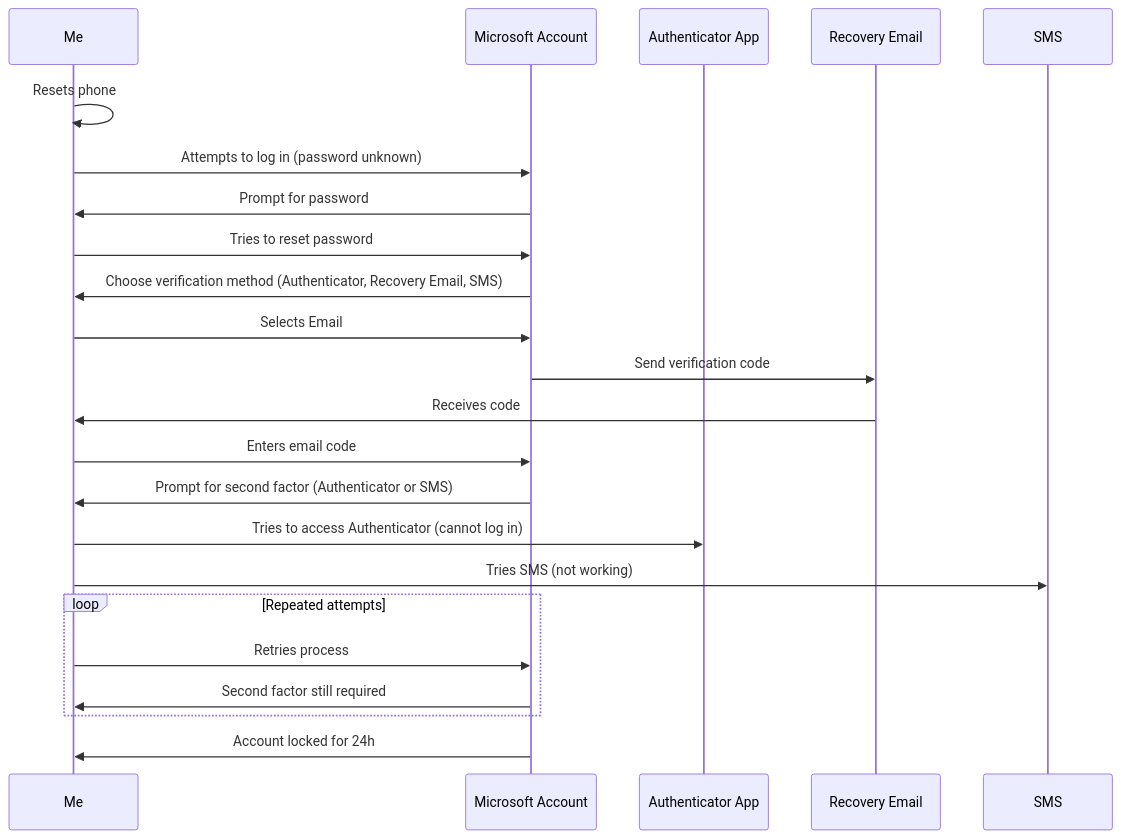
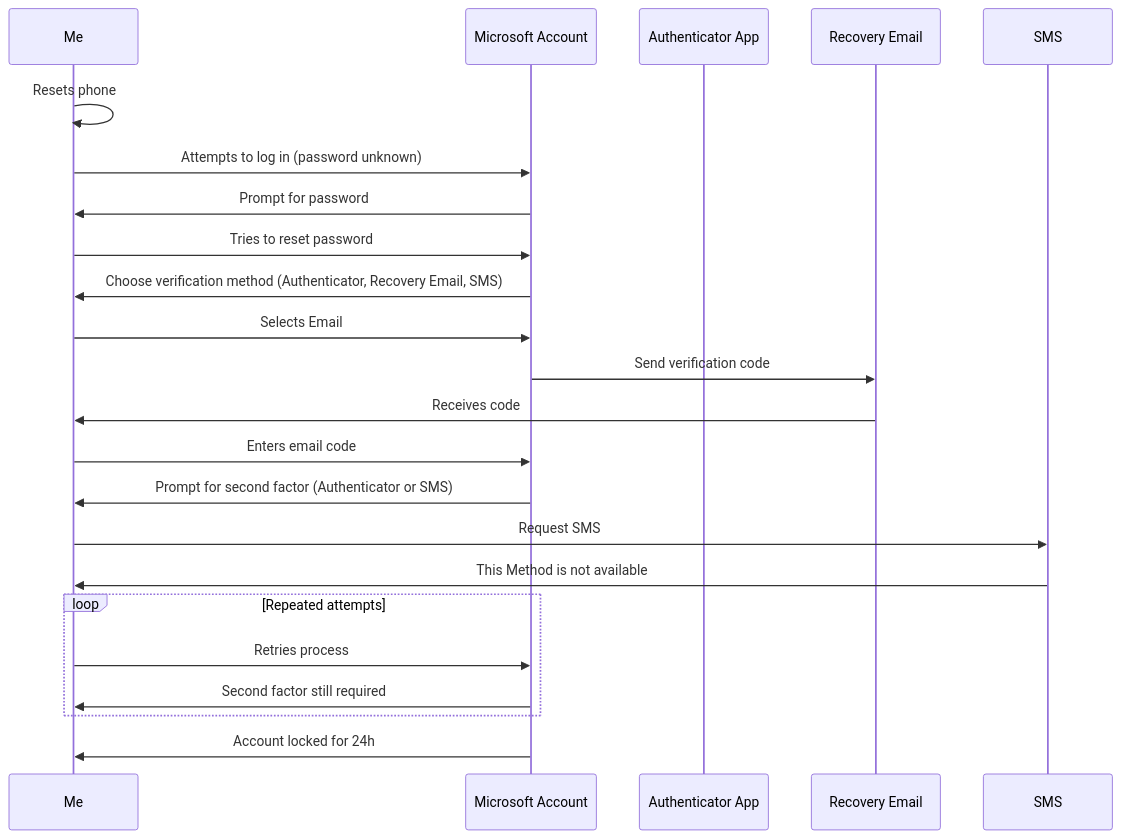
Before and after one commit to himazawa/himazawa.github.io: the diagram in content/posts/email-lockout/index.en.md, drawn with Mermaid.

Commit message:
blog: fixed mermaid scheme

````diff
--- a/content/posts/email-lockout/index.en.md
+++ b/content/posts/email-lockout/index.en.md
@@ -55,26 +55,26 @@
 ```mermaid
 sequenceDiagram
     participant Me  
     participant Microsoft Account
     participant Authenticator App
     participant Recovery Email
     participant SMS
 
     Me->>Me: Resets phone
     Me->>Microsoft Account: Attempts to log in (password unknown)
     Microsoft Account->>Me: Prompt for password
     Me->>Microsoft Account: Tries to reset password
     Microsoft Account->>Me: Choose verification method (Authenticator, Recovery Email, SMS)
     Me->>Microsoft Account: Selects Email
     Microsoft Account->>Recovery Email: Send verification code
     Recovery Email->>Me: Receives code
     Me->>Microsoft Account: Enters email code
     Microsoft Account->>Me: Prompt for second factor (Authenticator or SMS)
-    Me->>Authenticator App: Tries to access Authenticator (cannot log in)
-    Me->>SMS: Tries SMS (not working)
+    Me->>SMS: Request SMS
+    SMS->> Me:This Method is not available
     loop Repeated attempts
         Me->>Microsoft Account: Retries process
         Microsoft Account->>Me: Second factor still required
     end
     Microsoft Account->>Me: Account locked for 24h
 ```
````
